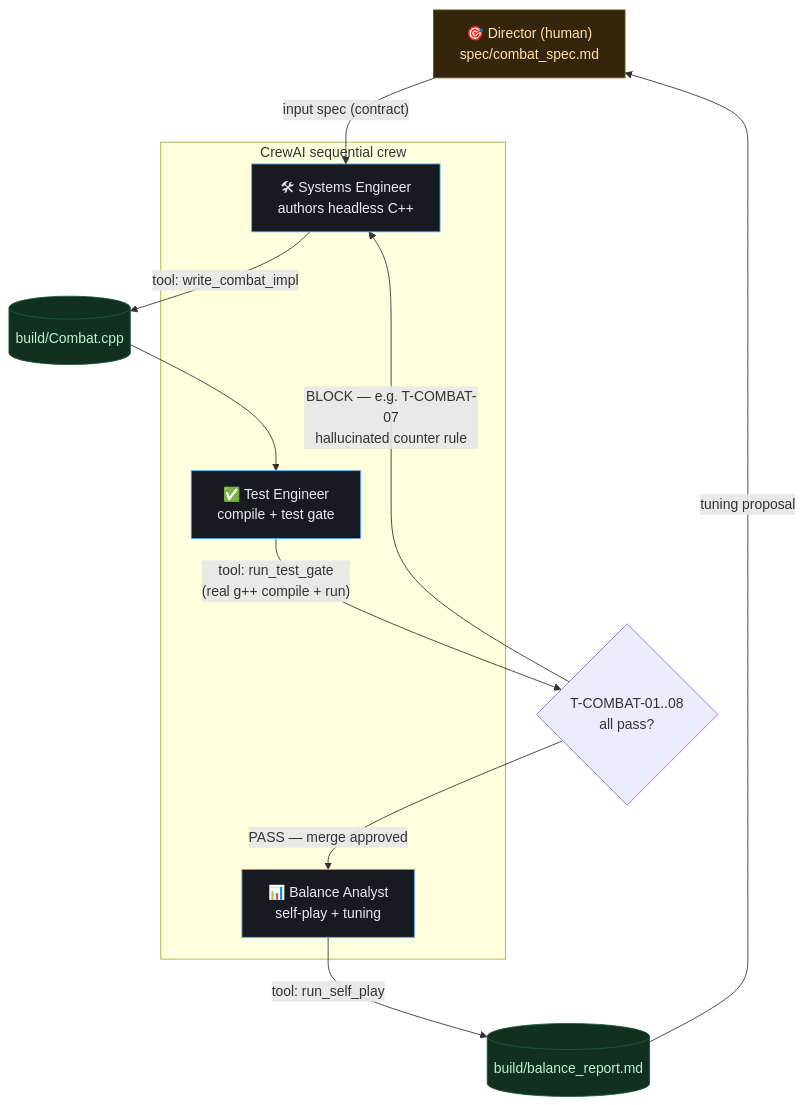
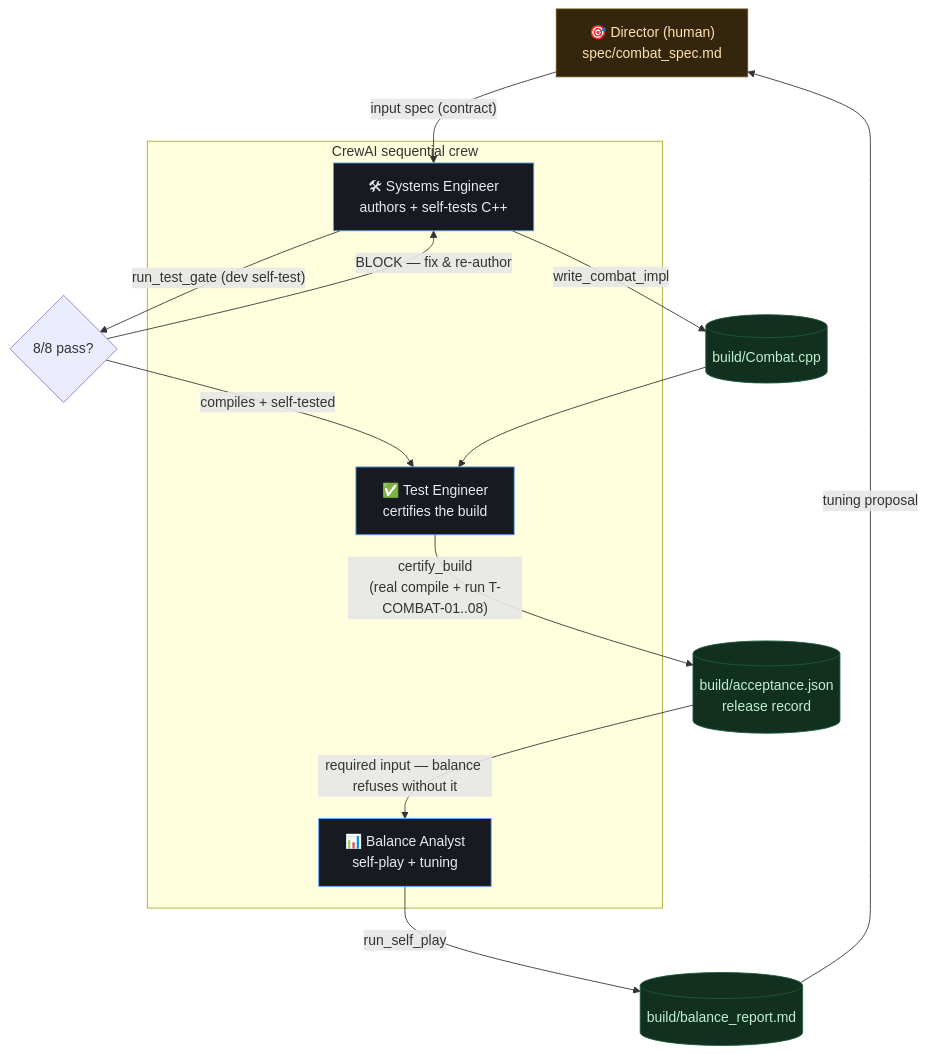
Before and after one commit to jakemartin/stratocracy-crew: the diagram in diagram.mmd, drawn with Mermaid. The commit also changed 9 other files, not shown here.

Commit message:
A#3 crew: certify-build release gate + MSVC/clang, self-repair, .env fixes

```diff
--- a/diagram.mmd
+++ b/diagram.mmd
@@ -1,28 +1,32 @@
 %% Stratocracy Agent Crew — roles, tools, and data flow (GDD §3 headless crew)
+%% Each agent owns a distinct artifact; removing any one breaks the chain.
 flowchart TD
     D["🎯 Director (human)<br/>spec/combat_spec.md"]
 
     subgraph CREW["CrewAI sequential crew"]
-        SE["🛠 Systems Engineer<br/>authors headless C++"]
-        TE["✅ Test Engineer<br/>compile + test gate"]
+        SE["🛠 Systems Engineer<br/>authors + self-tests C++"]
+        TE["✅ Test Engineer<br/>certifies the build"]
         BA["📊 Balance Analyst<br/>self-play + tuning"]
     end
 
     IMPL[("build/Combat.cpp")]
+    ACC[("build/acceptance.json<br/>release record")]
     REPORT[("build/balance_report.md")]
 
     D -->|"input spec (contract)"| SE
-    SE -->|"tool: write_combat_impl"| IMPL
+    SE -->|"write_combat_impl"| IMPL
+    SE -->|"run_test_gate (dev self-test)"| SELF{"8/8 pass?"}
+    SELF -->|"BLOCK — fix & re-author"| SE
+    SELF -->|"compiles + self-tested"| TE
     IMPL --> TE
-    TE -->|"tool: run_test_gate<br/>(real g++ compile + run)"| GATE{"T-COMBAT-01..08<br/>all pass?"}
-    GATE -->|"BLOCK — e.g. T-COMBAT-07<br/>hallucinated counter rule"| SE
-    GATE -->|"PASS — merge approved"| BA
-    BA -->|"tool: run_self_play"| REPORT
+    TE -->|"certify_build<br/>(real compile + run T-COMBAT-01..08)"| ACC
+    ACC -->|"required input — balance refuses without it"| BA
+    BA -->|"run_self_play"| REPORT
     REPORT -->|"tuning proposal"| D
 
     classDef human fill:#33260c,stroke:#6b4d16,color:#ffe1b0;
     classDef agent fill:#171b21,stroke:#5aa9ff,color:#e7ecf2;
     classDef data fill:#12301f,stroke:#1c5b3b,color:#bff0d0;
     class D human;
     class SE,TE,BA agent;
-    class IMPL,REPORT data;
+    class IMPL,ACC,REPORT data;
```
